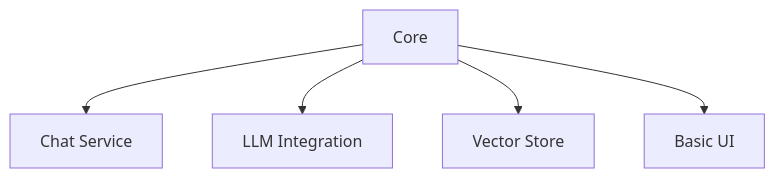
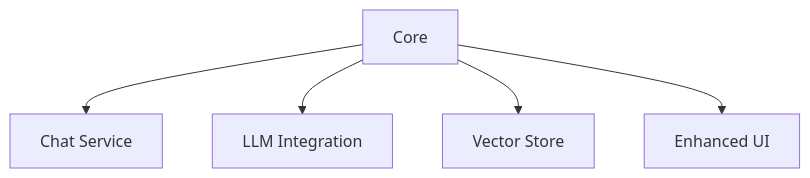
Before and after one commit to laialex501/lorechat-container: the diagram in memory-bank/activeContext.md, drawn with Mermaid. The commit also changed other lines of this file and 27 other files, not shown here.

````diff
--- a/memory-bank/activeContext.md
+++ b/memory-bank/activeContext.md
@@ -25,7 +25,7 @@
 ```mermaid
 graph TD
     A[Core] --> B[Chat Service]
     A --> C[LLM Integration]
     A --> D[Vector Store]
-    A --> E[Basic UI]
+    A --> E[Enhanced UI]
 ```
````
